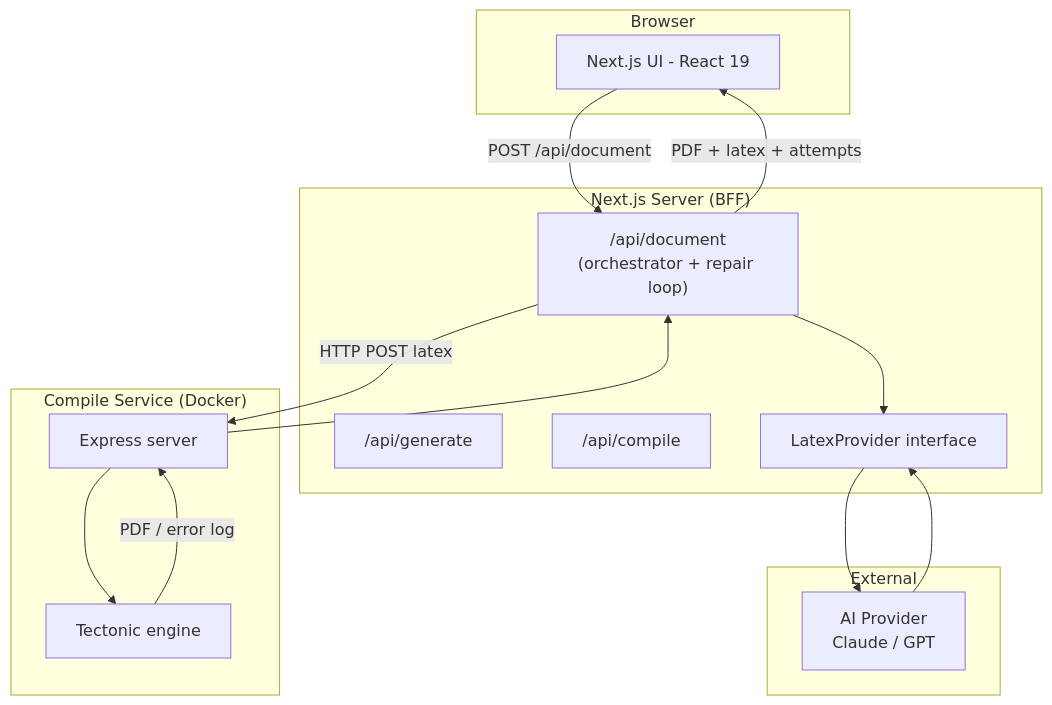
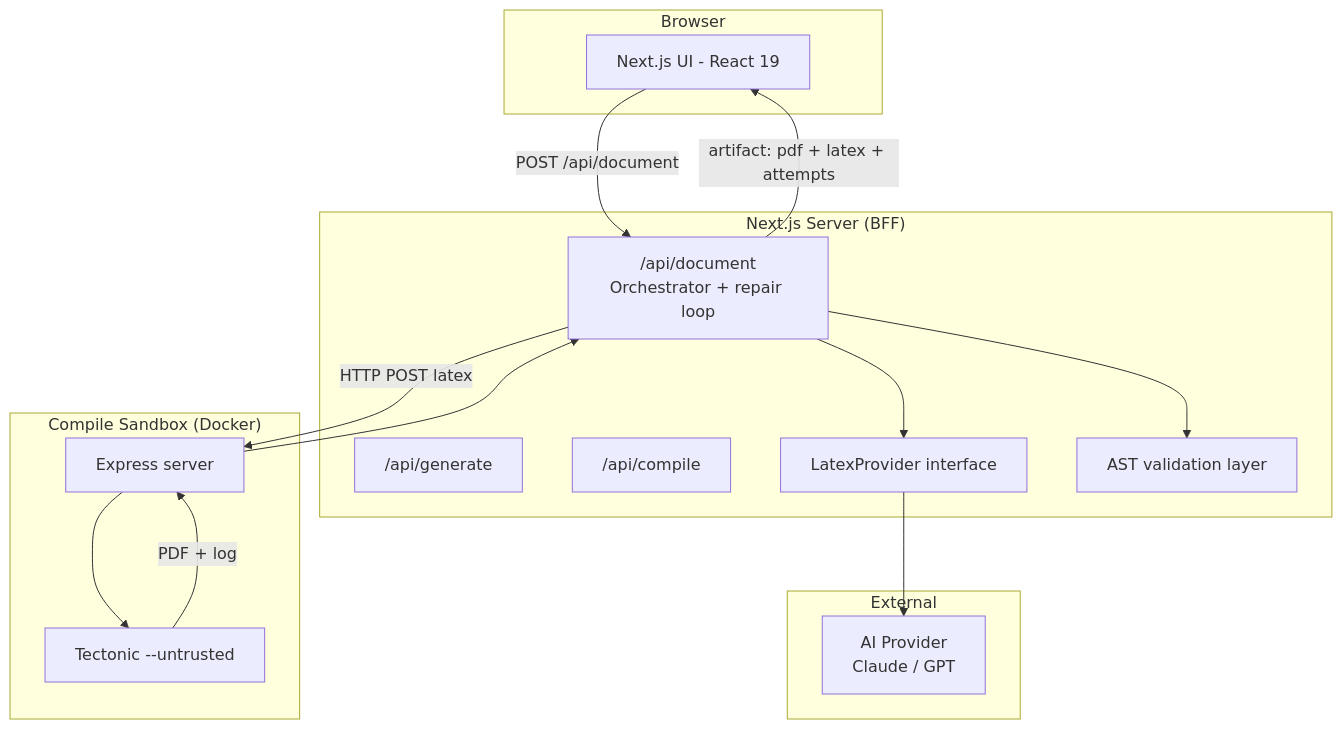
One commit to duonghoang231203/ai-latex-generator changed the second of 4 diagrams in docs/03-architecture.md. Above: the diagram before and after it, drawn with Mermaid. The commit also changed other lines of this file and 8 other files, not shown here.

````diff
--- a/docs/03-architecture.md
+++ b/docs/03-architecture.md
@@ -12,32 +57,26 @@
 ```mermaid
 flowchart TB
     subgraph Browser
         UI[Next.js UI - React 19]
     end
-
     subgraph "Next.js Server (BFF)"
+        DOC["/api/document<br/>Orchestrator + repair loop"]
         GEN["/api/generate"]
         CMP["/api/compile"]
-        DOC["/api/document<br/>(orchestrator + repair loop)"]
         AIIF[LatexProvider interface]
+        ASTV[AST validation layer]
     end
-
-    subgraph "External"
+    subgraph External
         AISVC[AI Provider<br/>Claude / GPT]
     end
-
-    subgraph "Compile Service (Docker)"
+    subgraph "Compile Sandbox (Docker)"
         EXP[Express server]
-        TEC[Tectonic engine]
+        TEC["Tectonic --untrusted"]
     end
-
     UI -->|POST /api/document| DOC
-    DOC --> AIIF
-    AIIF --> AISVC
-    AISVC --> AIIF
-    DOC -->|HTTP POST latex| EXP
-    EXP --> TEC
-    TEC -->|PDF / error log| EXP
-    EXP --> DOC
-    DOC -->|PDF + latex + attempts| UI
+    DOC --> AIIF --> AISVC
+    DOC --> ASTV
+    DOC -->|HTTP POST latex| EXP --> TEC
+    TEC -->|PDF + log| EXP --> DOC
+    DOC -->|artifact: pdf + latex + attempts| UI
 ```
````
